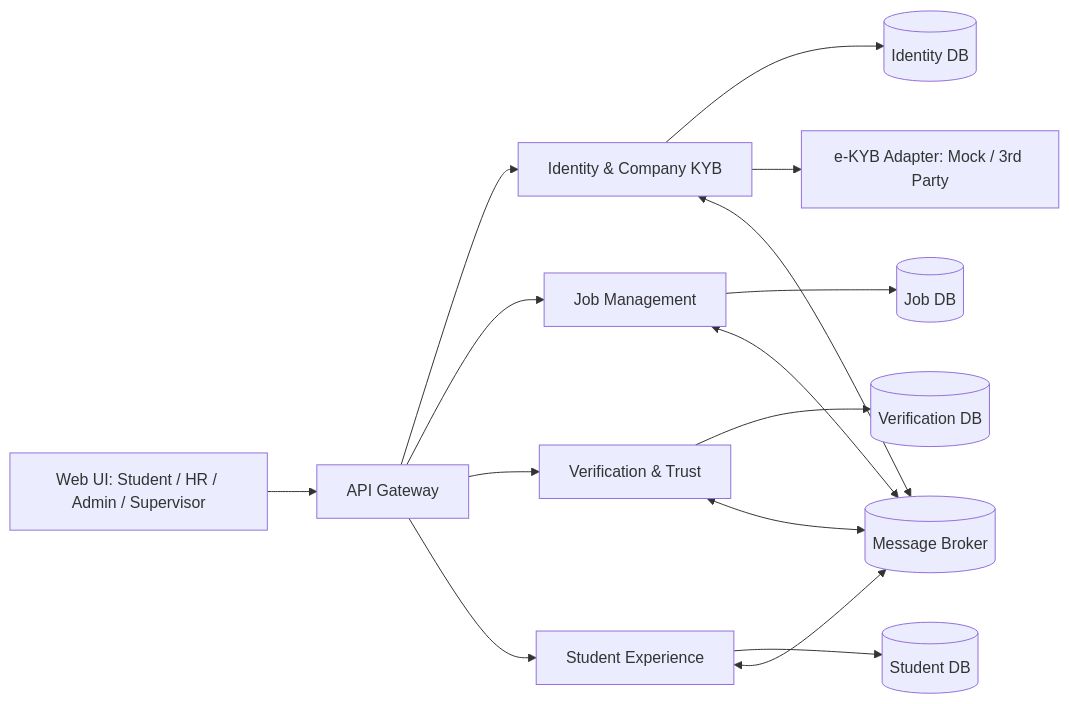
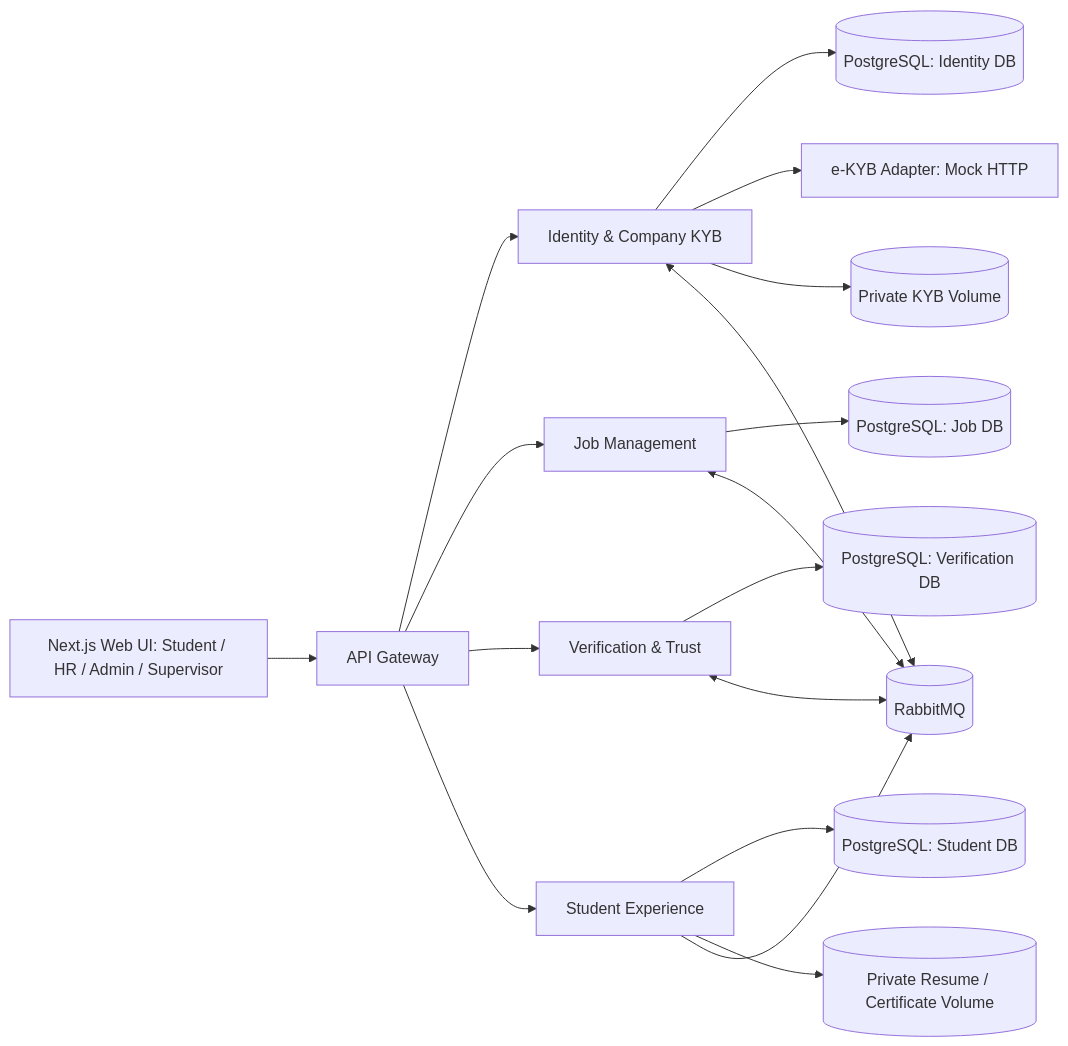
The first of 2 diagrams in docs/architecture.md (CSI-400/University-Internship-Platform), drawn with Mermaid before and after one commit. The commit also changed other lines of this file and 43 other files, not shown here.

Commit message:
docs: add system diagrams and project workspace setup

````diff
--- a/docs/architecture.md
+++ b/docs/architecture.md
@@ -14,19 +31,21 @@
 ```mermaid
 flowchart LR
-    UI[Web UI: Student / HR / Admin / Supervisor] --> GW[API Gateway]
+    UI[Next.js Web UI: Student / HR / Admin / Supervisor] --> GW[API Gateway]
     GW --> ID[Identity & Company KYB]
     GW --> JOB[Job Management]
     GW --> VERIFY[Verification & Trust]
     GW --> STUDENT[Student Experience]
 
-    ID --> IDDB[(Identity DB)]
-    JOB --> JOBDB[(Job DB)]
-    VERIFY --> VDB[(Verification DB)]
-    STUDENT --> SDB[(Student DB)]
+    ID --> IDDB[(PostgreSQL: Identity DB)]
+    JOB --> JOBDB[(PostgreSQL: Job DB)]
+    VERIFY --> VDB[(PostgreSQL: Verification DB)]
+    STUDENT --> SDB[(PostgreSQL: Student DB)]
 
-    ID --> KYB[e-KYB Adapter: Mock / 3rd Party]
-    JOB <--> MQ[(Message Broker)]
+    ID --> KYB[e-KYB Adapter: Mock HTTP]
+    ID --> IDFILES[(Private KYB Volume)]
+    STUDENT --> SFILES[(Private Resume / Certificate Volume)]
+    JOB <--> MQ[(RabbitMQ)]
     VERIFY <--> MQ
-    STUDENT <--> MQ
+    STUDENT --> MQ
     ID <--> MQ
 ```
````
